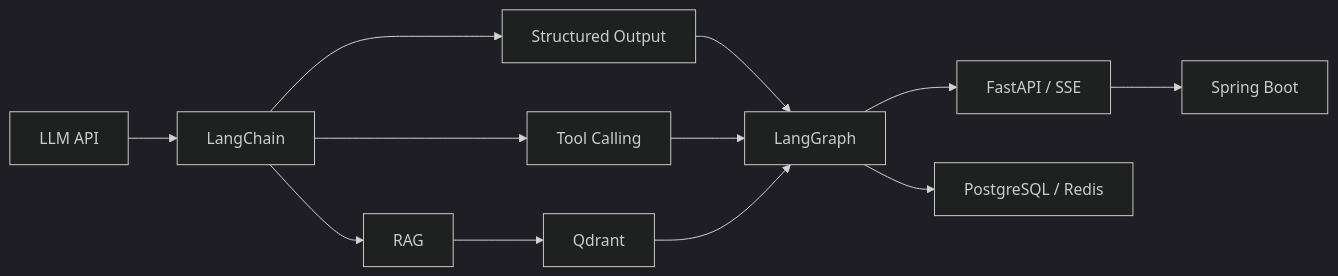
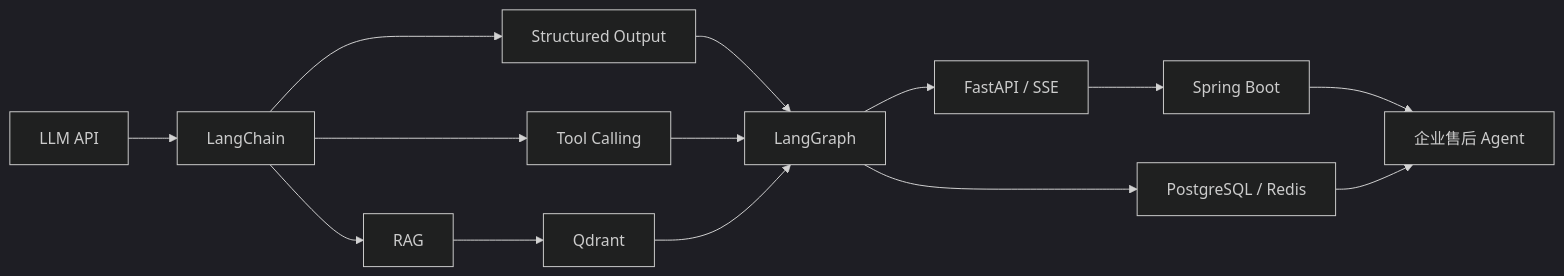
Before and after one commit to MIRS571/java-backend-to-agent: the diagram in docs/index.md, drawn with Mermaid (dark theme). The commit also changed other lines of this file and 17 other files, not shown here.

````diff
--- a/docs/index.md
+++ b/docs/index.md
@@ -9,14 +45,16 @@
 ```mermaid
 flowchart LR
     A[LLM API] --> B[LangChain]
     B --> C[Structured Output]
     B --> D[Tool Calling]
     B --> E[RAG]
     E --> F[Qdrant]
     C --> G[LangGraph]
     D --> G
     F --> G
     G --> H[FastAPI / SSE]
     H --> I[Spring Boot]
     G --> J[PostgreSQL / Redis]
+    I --> K[企业售后 Agent]
+    J --> K
 ```
````
